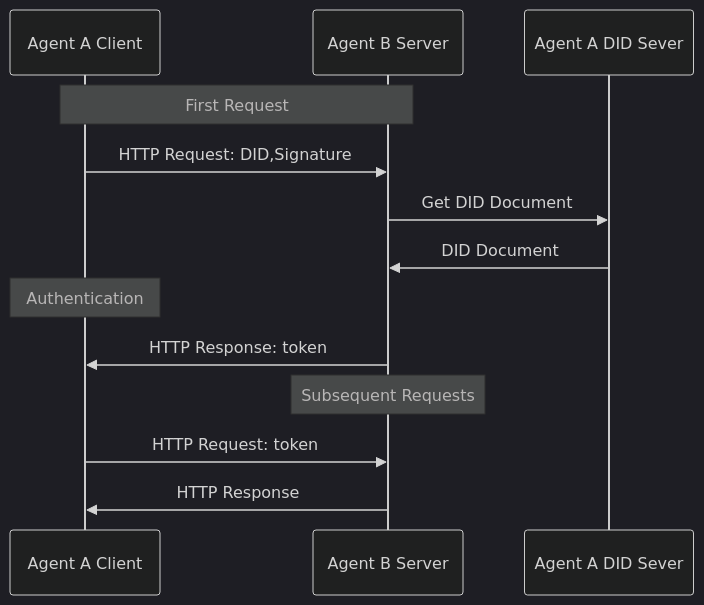
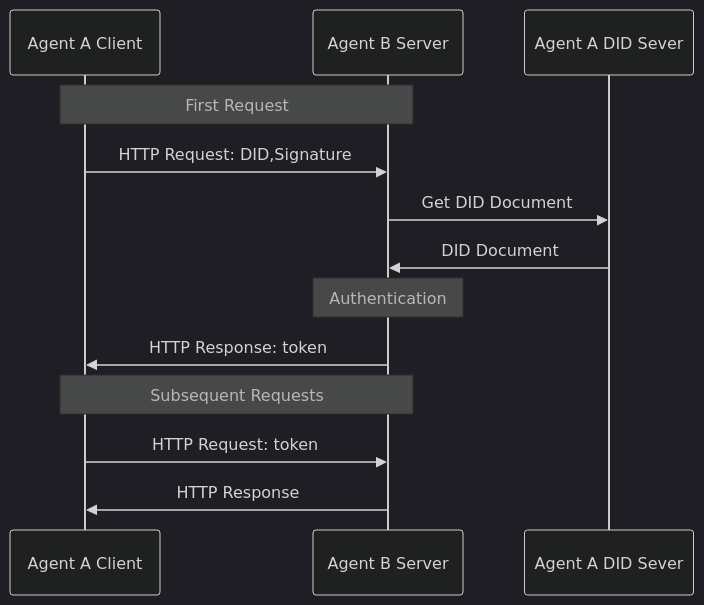
Before and after one commit to yumh1/AgentNetworkProtocol: the diagram in 01-AgentNetworkProtocol Technical White Paper.md, drawn with Mermaid (dark theme). The commit also changed 5 other files, not shown here.

Commit message:
update did wba flow image

````diff
--- a/01-AgentNetworkProtocol Technical White Paper.md
+++ b/01-AgentNetworkProtocol Technical White Paper.md
@@ -49,21 +49,21 @@
 ```mermaid
 sequenceDiagram
     participant Agent A Client
     participant Agent B Server 
     participant Agent A DID Sever
 
     Note over Agent A Client,Agent B Server: First Request
 
     Agent A Client->>Agent B Server: HTTP Request: DID,Signature
     Agent B Server->>Agent A DID Sever: Get DID Document
     Agent A DID Sever->>Agent B Server: DID Document
 
-    Note over Agent A Client: Authentication
+    Note over Agent B Server: Authentication
 
     Agent B Server->>Agent A Client: HTTP Response: token
 
-    Note over Agent B Server: Subsequent Requests
+    Note over Agent A Client, Agent B Server: Subsequent Requests
 
     Agent A Client->>Agent B Server: HTTP Request: token
     Agent B Server->>Agent A Client: HTTP Response
 ```
````
